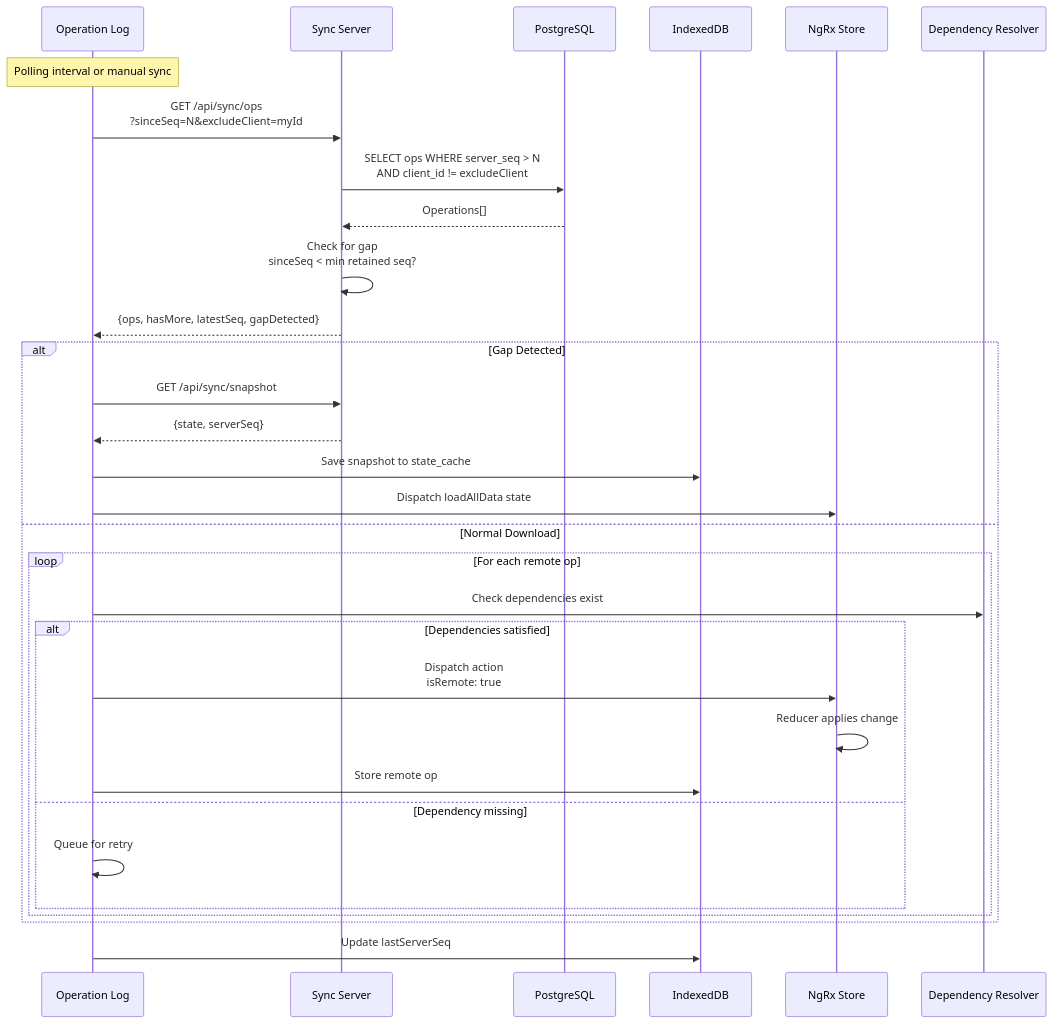
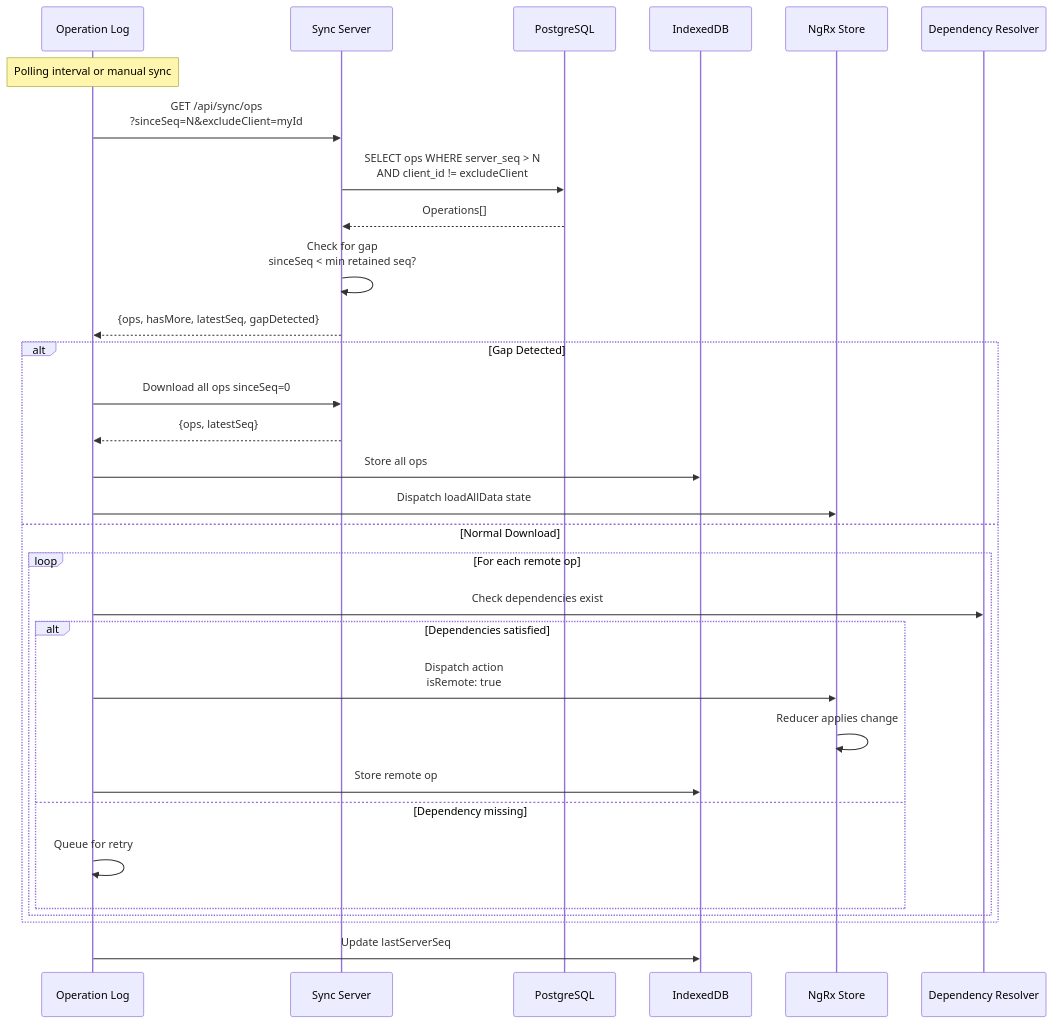
Before and after one commit to Swastik023/offline-productivity-desktop: diagram 26 of 28 in packages/super-sync-server/sync-server-architecture-diagrams.md, drawn with Mermaid. The commit also changed other lines of this file and 10 other files, not shown here.

First line of the commit message:
refactor: retire GET /api/sync/snapshot, re-scope GET /api/sync/status as diagnostic (#8496)

````diff
--- a/packages/super-sync-server/sync-server-architecture-diagrams.md
+++ b/packages/super-sync-server/sync-server-architecture-diagrams.md
@@ -888,38 +861,38 @@
 ```mermaid
 sequenceDiagram
     participant OpLog as Operation Log
     participant Server as Sync Server
     participant DB as PostgreSQL
     participant IDB as IndexedDB
     participant NgRx as NgRx Store
     participant DepRes as Dependency Resolver
 
     Note over OpLog: Polling interval or manual sync
 
     OpLog->>Server: GET /api/sync/ops<br/>?sinceSeq=N&excludeClient=myId
 
     Server->>DB: SELECT ops WHERE server_seq > N<br/>AND client_id != excludeClient
     DB-->>Server: Operations[]
     Server->>Server: Check for gap<br/>sinceSeq < min retained seq?
     Server-->>OpLog: {ops, hasMore, latestSeq, gapDetected}
 
     alt Gap Detected
-        OpLog->>Server: GET /api/sync/snapshot
-        Server-->>OpLog: {state, serverSeq}
-        OpLog->>IDB: Save snapshot to state_cache
+        OpLog->>Server: Download all ops sinceSeq=0
+        Server-->>OpLog: {ops, latestSeq}
+        OpLog->>IDB: Store all ops
         OpLog->>NgRx: Dispatch loadAllData state
     else Normal Download
         loop For each remote op
             OpLog->>DepRes: Check dependencies exist
             alt Dependencies satisfied
                 OpLog->>NgRx: Dispatch action<br/>isRemote: true
                 NgRx->>NgRx: Reducer applies change
                 OpLog->>IDB: Store remote op
             else Dependency missing
                 OpLog->>OpLog: Queue for retry
             end
         end
     end
 
     OpLog->>IDB: Update lastServerSeq
 ```
````
